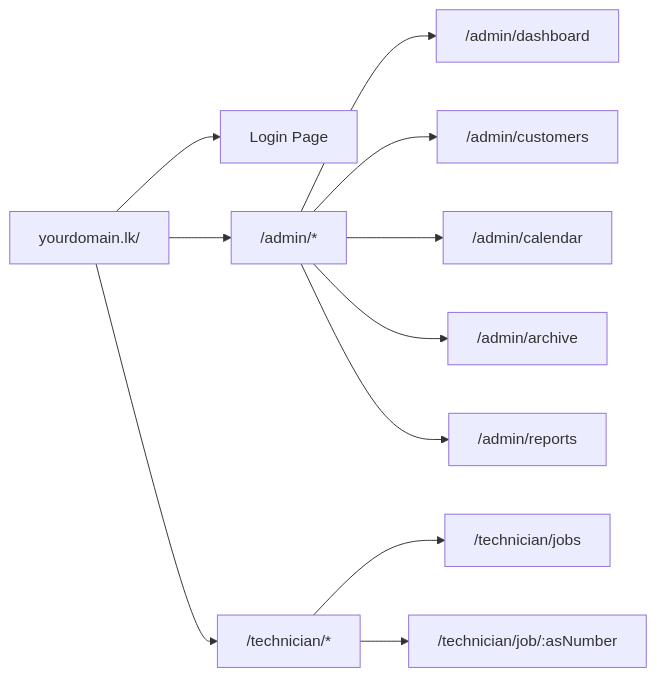
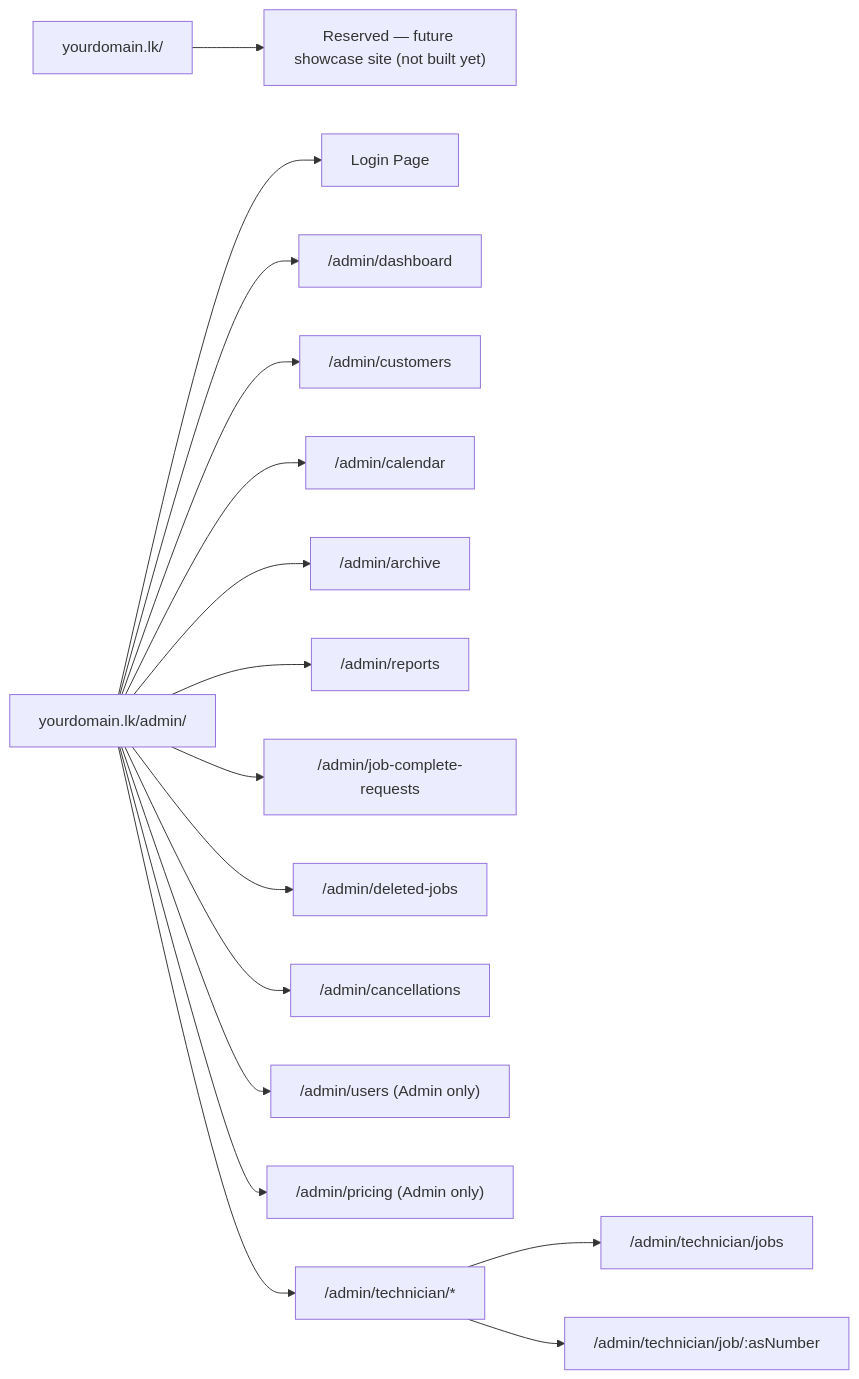
The seventh of 8 diagrams in design-plans/09_Diagrams.md (Yashini-Hettiarachchi/cool), drawn with Mermaid before and after one commit. The commit also changed other lines of this file and 8 other files, not shown here.

````diff
--- a/design-plans/09_Diagrams.md
+++ b/design-plans/09_Diagrams.md
@@ -235,13 +237,18 @@
 ```mermaid
 flowchart LR
-    Root["yourdomain.lk/"] --> LoginPg["Login Page"]
-    Root --> AdminR["/admin/*"]
-    Root --> TechR["/technician/*"]
-    AdminR --> Dash2["/admin/dashboard"]
-    AdminR --> Cust2["/admin/customers"]
-    AdminR --> Cal2["/admin/calendar"]
-    AdminR --> Arch2["/admin/archive"]
-    AdminR --> Rep2["/admin/reports"]
-    TechR --> Today2["/technician/jobs"]
-    TechR --> JobDetail2["/technician/job/:asNumber"]
+    Root["yourdomain.lk/"] --> Future["Reserved — future showcase site (not built yet)"]
+    AdminBase["yourdomain.lk/admin/"] --> LoginPg["Login Page"]
+    AdminBase --> Dash2["/admin/dashboard"]
+    AdminBase --> Cust2["/admin/customers"]
+    AdminBase --> Cal2["/admin/calendar"]
+    AdminBase --> Arch2["/admin/archive"]
+    AdminBase --> Rep2["/admin/reports"]
+    AdminBase --> JCR2["/admin/job-complete-requests"]
+    AdminBase --> Del2["/admin/deleted-jobs"]
+    AdminBase --> Cancel2["/admin/cancellations"]
+    AdminBase --> Users2["/admin/users (Admin only)"]
+    AdminBase --> Price2["/admin/pricing (Admin only)"]
+    AdminBase --> TechR["/admin/technician/*"]
+    TechR --> Today2["/admin/technician/jobs"]
+    TechR --> JobDetail2["/admin/technician/job/:asNumber"]
 ```
````
